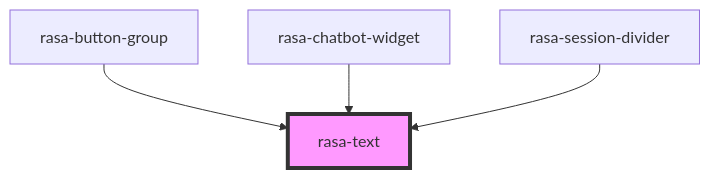
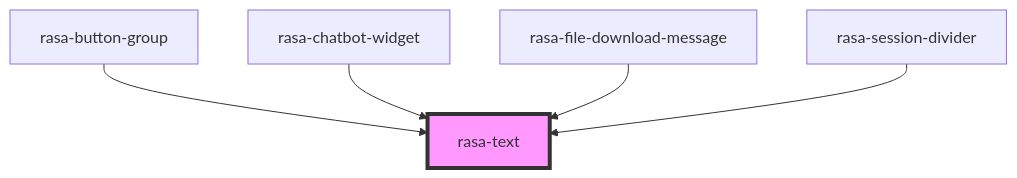
Before and after one commit to RasaHQ/chat-widget: the diagram in packages/web-component/src/components/text/readme.md, drawn with Mermaid. The commit also changed other lines of this file and 10 other files, not shown here.

````diff
--- a/packages/web-component/src/components/text/readme.md
+++ b/packages/web-component/src/components/text/readme.md
@@ -24,7 +25,8 @@
 ```mermaid
 graph TD;
   rasa-button-group --> rasa-text
   rasa-chatbot-widget --> rasa-text
+  rasa-file-download-message --> rasa-text
   rasa-session-divider --> rasa-text
   style rasa-text fill:#f9f,stroke:#333,stroke-width:4px
 ```
````
